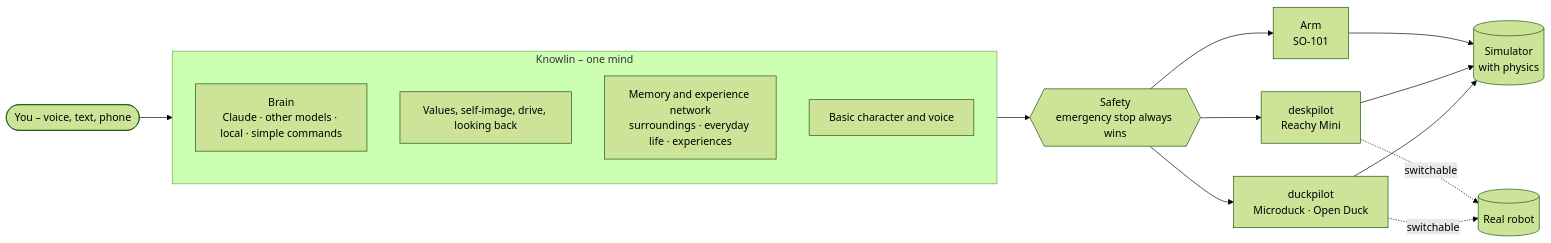
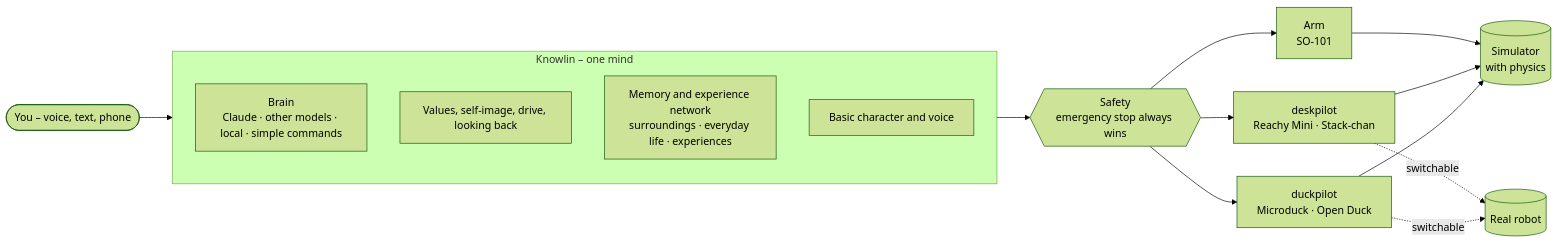
The diagram in README.en.md (knowlin-ai/knowlin), drawn with Mermaid (forest theme) before and after one commit. The commit also changed other lines of this file and 11 other files, not shown here.

First line of the commit message:
Stack-chan: Website, README, Handbuch, Abnahme (Zwischenstand)

````diff
--- a/README.en.md
+++ b/README.en.md
@@ -130,20 +132,20 @@
 ```mermaid
 flowchart LR
   Human(["You – voice, text, phone"]) --> Mind
   subgraph Mind["Knowlin – one mind"]
     direction TB
     Brain["Brain<br/>Claude · other models · local · simple commands"]
     Values["Values, self-image, drive, looking back"]
     Memory["Memory and experience network<br/>surroundings · everyday life · experiences"]
     Character["Basic character and voice"]
   end
   Mind --> Safety{{"Safety<br/>emergency stop always wins"}}
   Safety --> D["duckpilot<br/>Microduck · Open Duck"]
-  Safety --> R["deskpilot<br/>Reachy Mini"]
+  Safety --> R["deskpilot<br/>Reachy Mini · Stack-chan"]
   Safety --> A["Arm<br/>SO-101"]
   D --> Sim[("Simulator<br/>with physics")]
   R --> Sim
   A --> Sim
   D -. "switchable" .-> Real[("Real robot")]
   R -. "switchable" .-> Real
 ```
````
